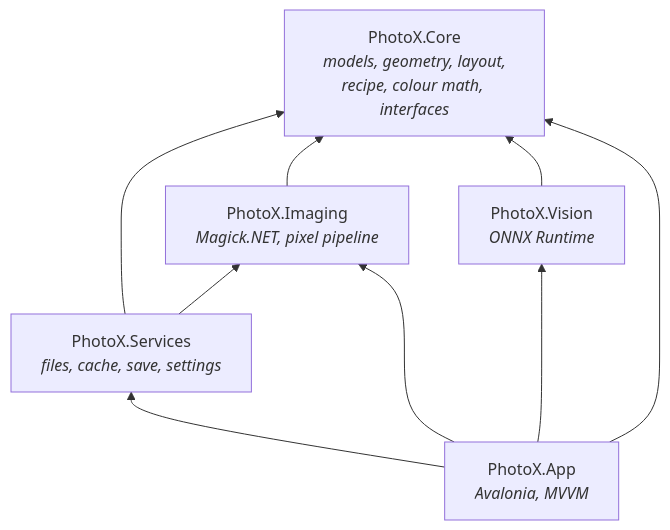
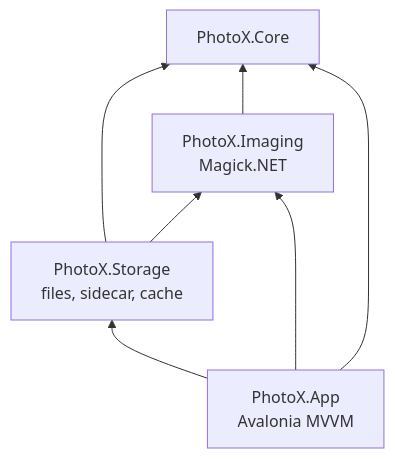
Before and after one commit to NorbCraft/PhotoX: the first of 2 diagrams in docs/ARCHITECTURE.md, drawn with Mermaid. The commit also changed other lines of this file and 40 other files, not shown here.

````diff
--- a/docs/ARCHITECTURE.md
+++ b/docs/ARCHITECTURE.md
@@ -119,12 +47,10 @@
 ```mermaid
 flowchart BT
-    Core[PhotoX.Core<br/><i>models, geometry, layout,<br/>recipe, colour math, interfaces</i>]
-    Imaging[PhotoX.Imaging<br/><i>Magick.NET, pixel pipeline</i>] --> Core
-    Vision[PhotoX.Vision<br/><i>ONNX Runtime</i>] --> Core
-    Services[PhotoX.Services<br/><i>files, cache, save, settings</i>] --> Core
-    Services --> Imaging
-    App[PhotoX.App<br/><i>Avalonia, MVVM</i>] --> Services
+    Core[PhotoX.Core]
+    Imaging[PhotoX.Imaging<br/>Magick.NET] --> Core
+    Storage[PhotoX.Storage<br/>files, sidecar, cache] --> Core
+    Storage --> Imaging
+    App[PhotoX.App<br/>Avalonia MVVM] --> Storage
     App --> Imaging
-    App --> Vision
     App --> Core
 ```
````
